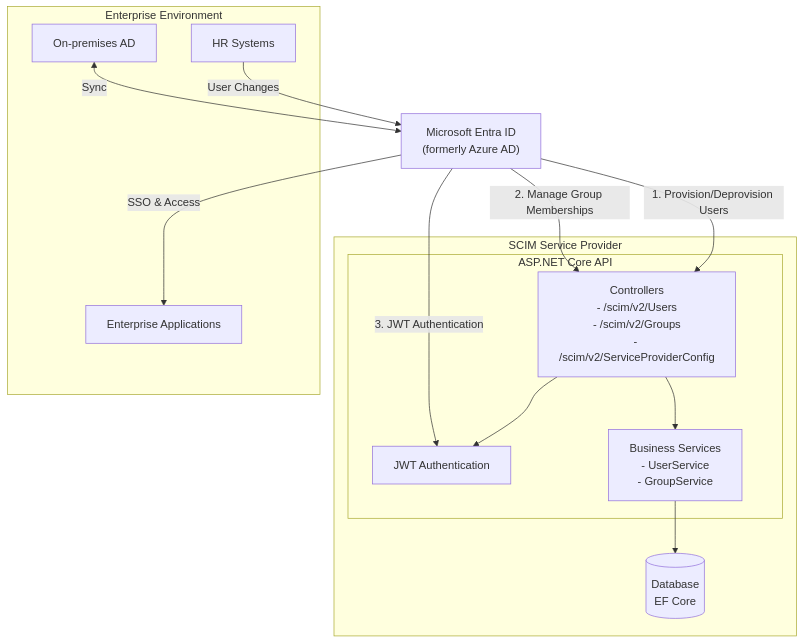
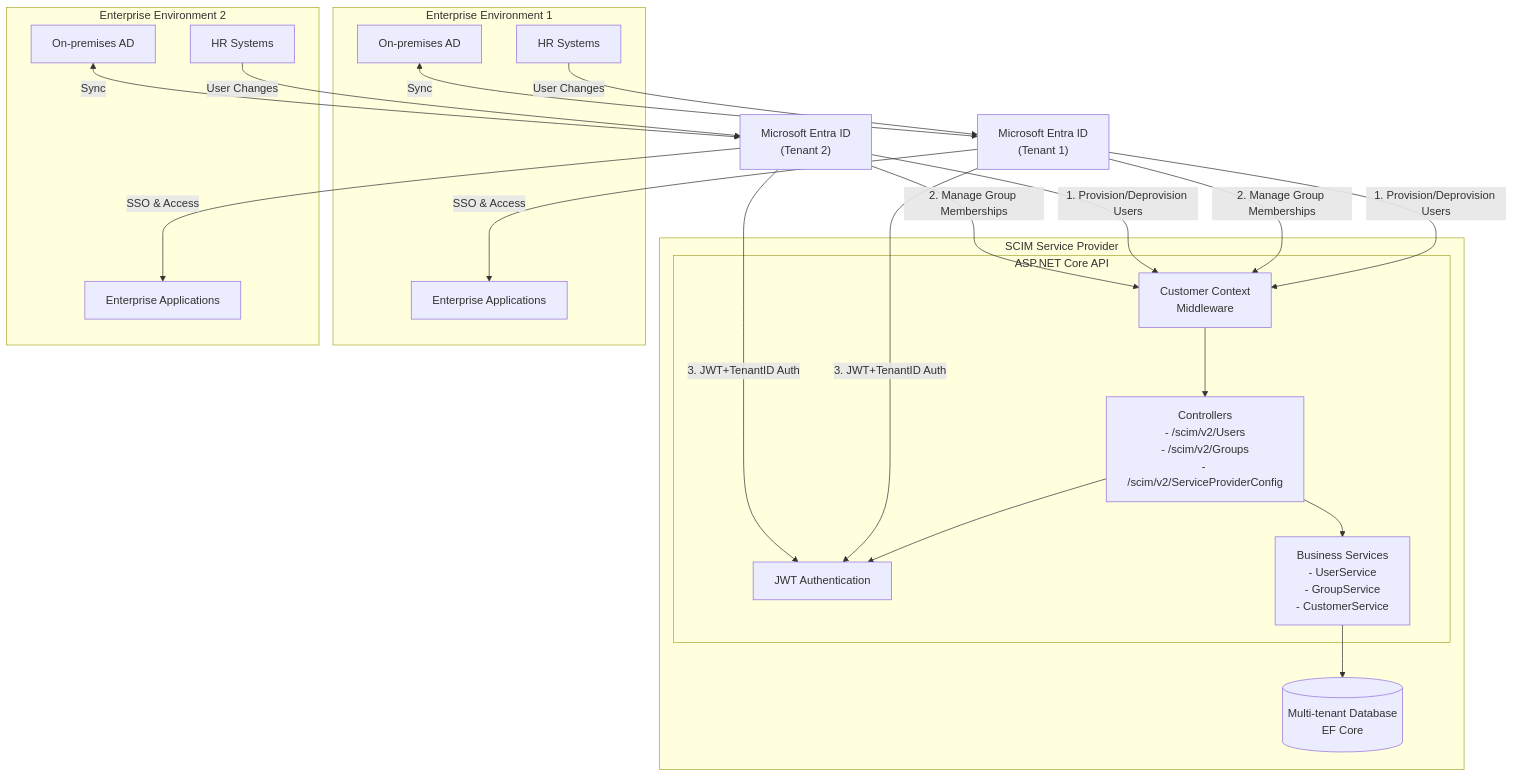
One commit to LaurentLesle/scim changed the diagram in docs/architecture_diagram.md. Above: the diagram before and after it, drawn with Mermaid. The commit also changed other lines of this file and 31 other files, not shown here.

First line of the commit message:
feat: Implement multi-tenant SCIM architecture with tenant isolation

````diff
--- a/docs/architecture_diagram.md
+++ b/docs/architecture_diagram.md
@@ -7,36 +7,53 @@
 ```mermaid
 graph TB
-    EntraID["Microsoft Entra ID\n(formerly Azure AD)"]
+    EntraID1["Microsoft Entra ID\n(Tenant 1)"]
+    EntraID2["Microsoft Entra ID\n(Tenant 2)"]
 
     subgraph "SCIM Service Provider"
         subgraph "ASP.NET Core API"
             API["Controllers\n- /scim/v2/Users\n- /scim/v2/Groups\n- /scim/v2/ServiceProviderConfig"]
             Auth["JWT Authentication"]
-            Services["Business Services\n- UserService\n- GroupService"]
+            Middleware["Customer Context\nMiddleware"]
+            Services["Business Services\n- UserService\n- GroupService\n- CustomerService"]
         end
         
-        DB[(Database\nEF Core)]
+        DB[(Multi-tenant Database\nEF Core)]
         
+        Middleware --> API
         API --> Auth
         API --> Services
         Services --> DB
     end
 
-    subgraph "Enterprise Environment"
-        HR["HR Systems"]
-        Apps["Enterprise Applications"]
-        AD["On-premises AD"]
+    subgraph "Enterprise Environment 1"
+        HR1["HR Systems"]
+        Apps1["Enterprise Applications"]
+        AD1["On-premises AD"]
+    end
+    
+    subgraph "Enterprise Environment 2"
+        HR2["HR Systems"]
+        Apps2["Enterprise Applications"]
+        AD2["On-premises AD"]
     end
 
     %% Entra ID to SCIM connections
-    EntraID -->|1. Provision/Deprovision Users| API
-    EntraID -->|2. Manage Group Memberships| API
-    EntraID -->|3. JWT Authentication| Auth
+    EntraID1 -->|1. Provision/Deprovision Users| Middleware
+    EntraID1 -->|2. Manage Group Memberships| Middleware
+    EntraID1 -->|3. JWT+TenantID Auth| Auth
+    
+    EntraID2 -->|1. Provision/Deprovision Users| Middleware
+    EntraID2 -->|2. Manage Group Memberships| Middleware
+    EntraID2 -->|3. JWT+TenantID Auth| Auth
 
     %% Enterprise connections
-    HR -->|User Changes| EntraID
-    AD <-->|Sync| EntraID
+    HR1 -->|User Changes| EntraID1
+    AD1 <-->|Sync| EntraID1
+    
+    HR2 -->|User Changes| EntraID2
+    AD2 <-->|Sync| EntraID2
     
     %% Applications
-    EntraID -->|SSO & Access| Apps
+    EntraID1 -->|SSO & Access| Apps1
+    EntraID2 -->|SSO & Access| Apps2
 ```
````
